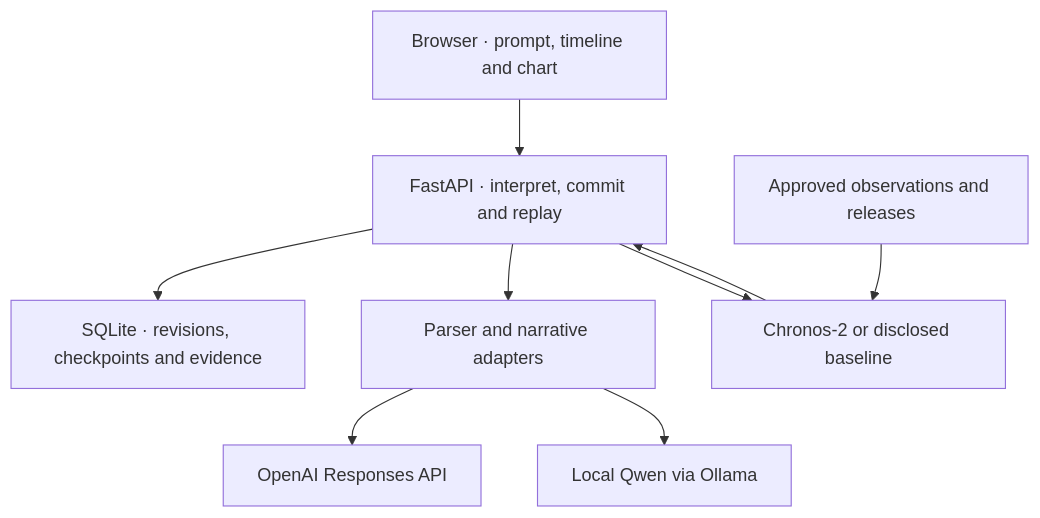
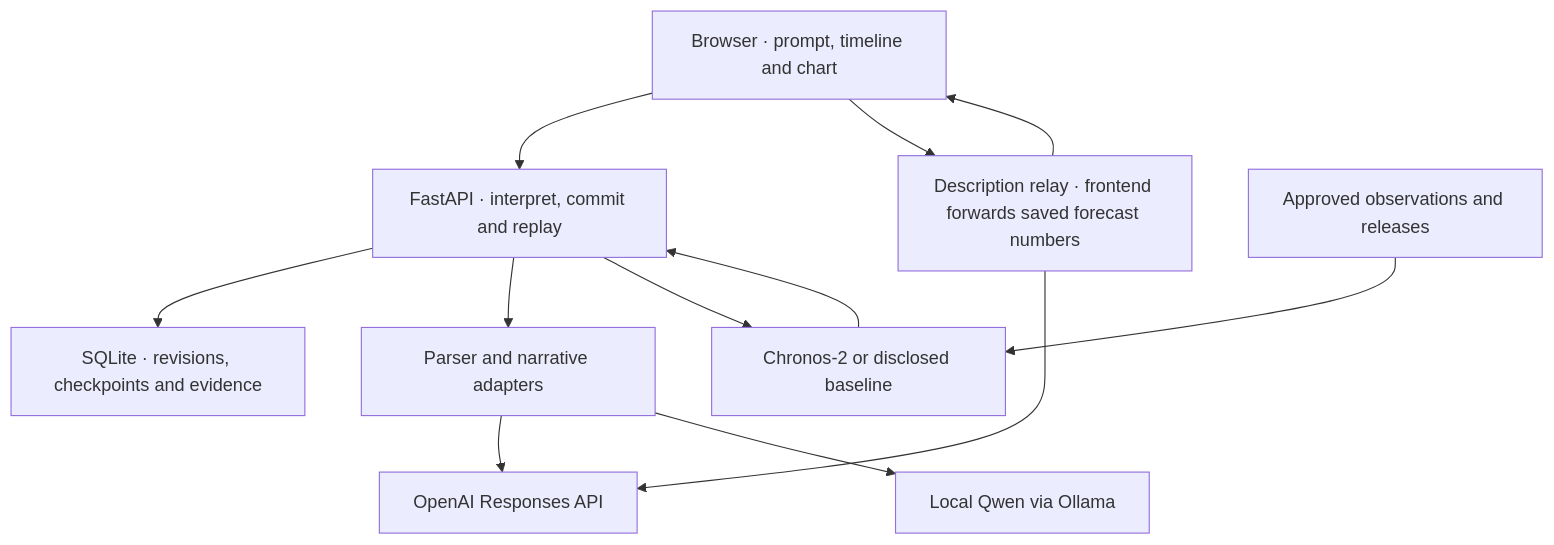
The diagram in docs/architecture.md (aashnakulsh/Kairos-HackTheBurgh), drawn with Mermaid before and after one commit. The commit also changed other lines of this file and 18 other files, not shown here.

````diff
--- a/docs/architecture.md
+++ b/docs/architecture.md
@@ -25,11 +40,14 @@
 ```mermaid
 flowchart TD
     UI["Browser · prompt, timeline and chart"] --> API["FastAPI · interpret, commit and replay"]
+    UI --> RELAY["Description relay · frontend forwards saved forecast numbers"]
+    RELAY --> OPEN
+    RELAY --> UI
     API --> DB["SQLite · revisions, checkpoints and evidence"]
     API --> TEXT["Parser and narrative adapters"]
     TEXT --> OPEN["OpenAI Responses API"]
     TEXT --> LOCAL["Local Qwen via Ollama"]
     API --> FORECAST["Chronos-2 or disclosed baseline"]
     DATA["Approved observations and releases"] --> FORECAST
     FORECAST --> API
 ```
````
